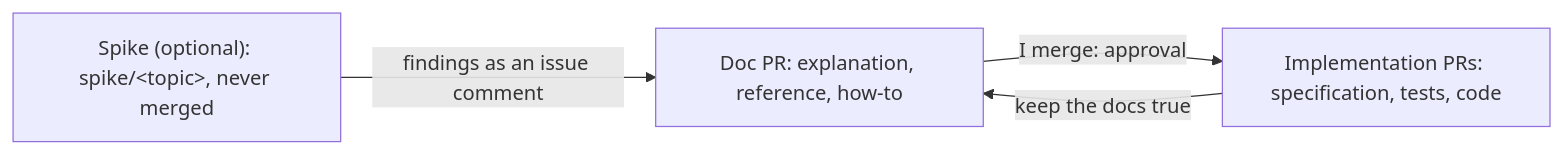
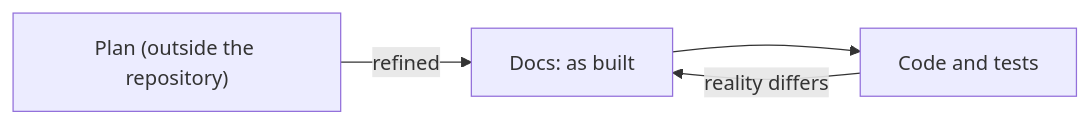
One commit to gsuquet/homelab changed the diagram in docs/explanation/how-we-work.md. Above: the diagram before and after it, drawn with Mermaid. The commit also changed other lines of this file and 6 other files, not shown here.

````diff
--- a/docs/explanation/how-we-work.md
+++ b/docs/explanation/how-we-work.md
@@ -11,6 +9,6 @@
 ```mermaid
 flowchart LR
-    S["Spike (optional): spike/&lt;topic&gt;, never merged"] -->|findings as an issue comment| D[Doc PR: explanation, reference, how-to]
-    D -->|I merge: approval| I[Implementation PRs: specification, tests, code]
-    I -->|keep the docs true| D
+    P["Plan (outside the repository)"] -->|refined| D["Docs: as built"]
+    D --> C["Code and tests"]
+    C -->|reality differs| D
 ```
````
